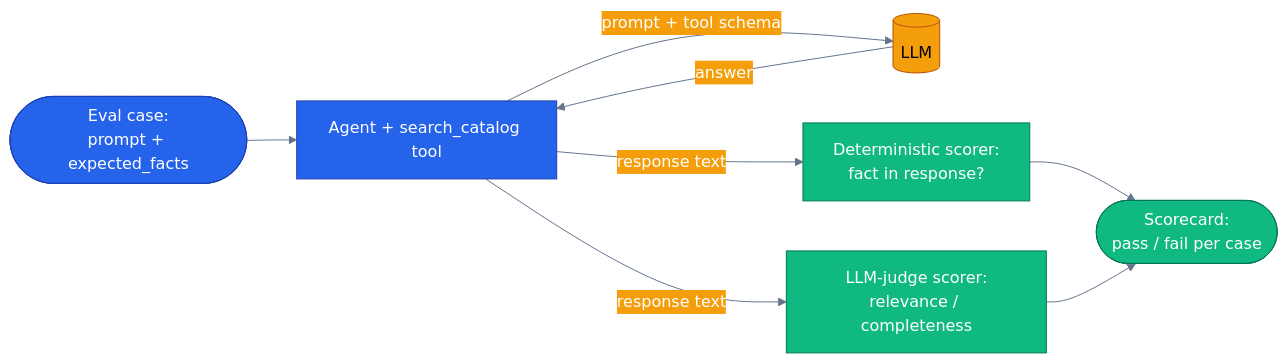
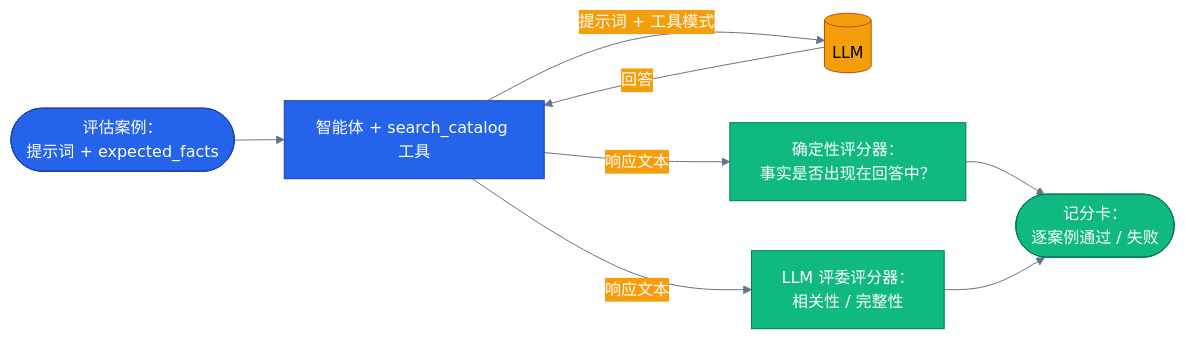
The diagram in tutorials/26-evals/README.md (s1encisi/reliable-commerce-agents), drawn with Mermaid before and after one commit. The commit also changed other lines of this file and 1033 other files, not shown here.

````diff
--- a/tutorials/26-evals/README.md
+++ b/tutorials/26-evals/README.md
@@ -49,31 +26,31 @@
 ```mermaid
 %%{init: {'theme':'base', 'themeVariables': {
   'primaryColor': '#2563eb','primaryTextColor': '#ffffff','primaryBorderColor': '#1e40af',
   'lineColor': '#64748b','secondaryColor': '#f59e0b','tertiaryColor': '#10b981',
   'background': 'transparent'}}}%%
 flowchart LR
   classDef core     fill:#2563eb,stroke:#1e40af,color:#ffffff
   classDef external fill:#f59e0b,stroke:#b45309,color:#000000
   classDef success  fill:#10b981,stroke:#047857,color:#ffffff
 
-  case(["Eval case:<br/>prompt + expected_facts"])
-  agent[Agent + search_catalog tool]
+  case(["评估案例：<br/>提示词 + expected_facts"])
+  agent[智能体 + search_catalog 工具]
   llm[(LLM)]
-  det["Deterministic scorer:<br/>fact in response?"]
-  judge["LLM-judge scorer:<br/>relevance / completeness"]
-  card(["Scorecard:<br/>pass / fail per case"])
+  det["确定性评分器：<br/>事实是否出现在回答中？"]
+  judge["LLM 评委评分器：<br/>相关性 / 完整性"]
+  card(["记分卡：<br/>逐案例通过 / 失败"])
 
   case --> agent
-  agent -- "prompt + tool schema" --> llm
-  llm -- "answer" --> agent
-  agent -- "response text" --> det
-  agent -- "response text" --> judge
+  agent -- "提示词 + 工具模式" --> llm
+  llm -- "回答" --> agent
+  agent -- "响应文本" --> det
+  agent -- "响应文本" --> judge
   det --> card
   judge --> card
 
   class agent core
   class llm external
   class det success
   class judge success
   class card success
 ```
````
